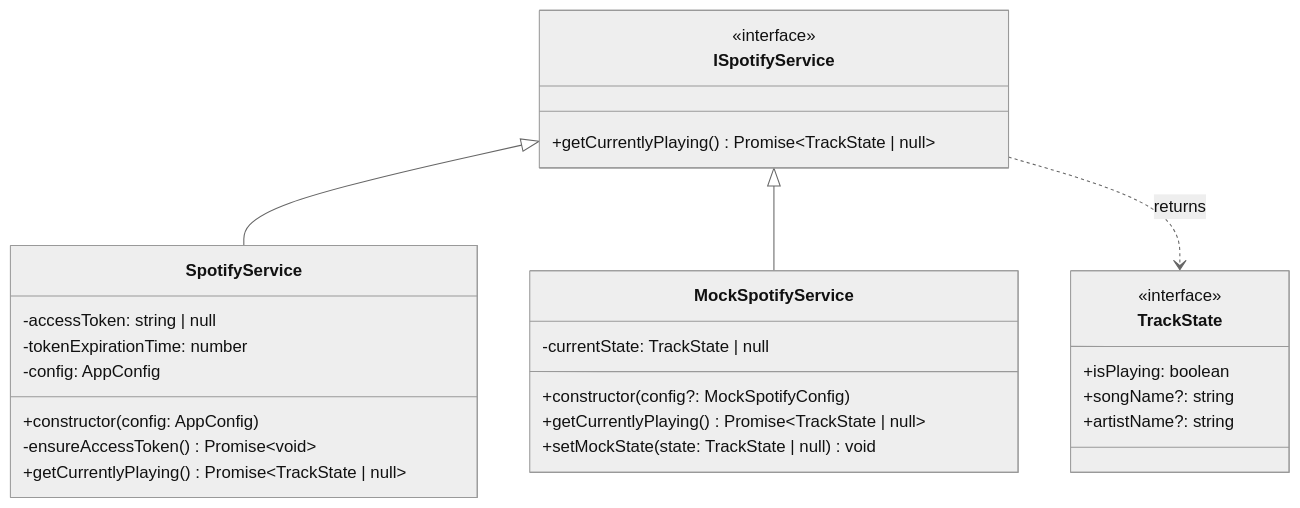
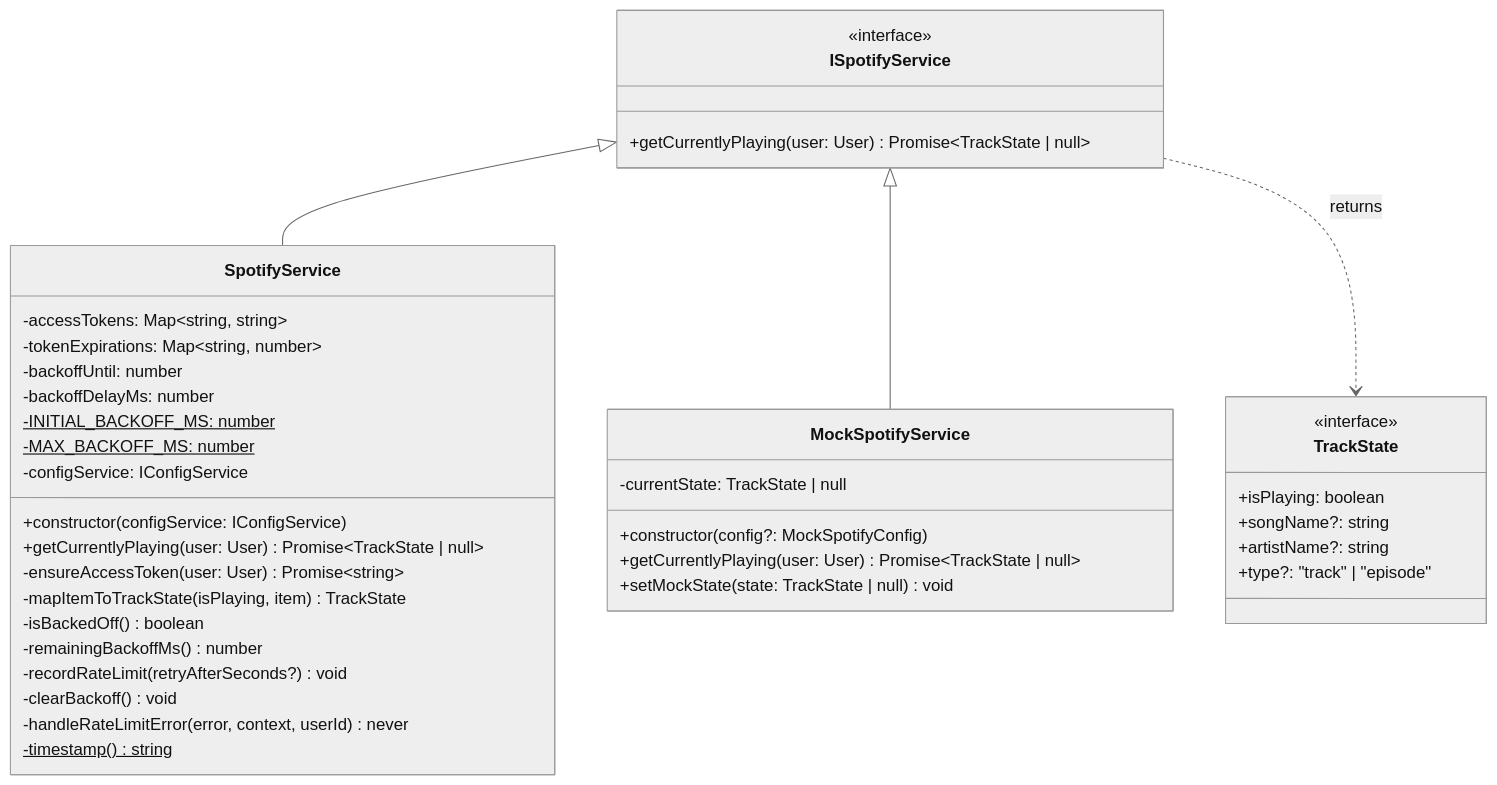
Before and after one commit to tehJimboJones/spotify-slack-status-sync: the diagram in docs/spotify-service.md, drawn with Mermaid (neutral theme). The commit also changed other lines of this file and 4 other files, not shown here.

````diff
--- a/docs/spotify-service.md
+++ b/docs/spotify-service.md
@@ -7,34 +13,46 @@
 ```mermaid
 classDiagram
     class TrackState {
         <<interface>>
         +isPlaying: boolean
         +songName?: string
         +artistName?: string
+        +type?: "track" | "episode"
     }
 
     class ISpotifyService {
         <<interface>>
-        +getCurrentlyPlaying() Promise~TrackState | null~
+        +getCurrentlyPlaying(user: User) Promise~TrackState | null~
     }
 
     class SpotifyService {
-        -accessToken: string | null
-        -tokenExpirationTime: number
-        -config: AppConfig
-        +constructor(config: AppConfig)
-        -ensureAccessToken() Promise~void~
-        +getCurrentlyPlaying() Promise~TrackState | null~
+        -accessTokens: Map~string, string~
+        -tokenExpirations: Map~string, number~
+        -backoffUntil: number
+        -backoffDelayMs: number
+        -INITIAL_BACKOFF_MS: number$
+        -MAX_BACKOFF_MS: number$
+        -configService: IConfigService
+        +constructor(configService: IConfigService)
+        +getCurrentlyPlaying(user: User) Promise~TrackState | null~
+        -ensureAccessToken(user: User) Promise~string~
+        -mapItemToTrackState(isPlaying, item) TrackState
+        -isBackedOff() boolean
+        -remainingBackoffMs() number
+        -recordRateLimit(retryAfterSeconds?) void
+        -clearBackoff() void
+        -handleRateLimitError(error, context, userId) never
+        -timestamp()$ string
     }
 
     class MockSpotifyService {
         -currentState: TrackState | null
         +constructor(config?: MockSpotifyConfig)
-        +getCurrentlyPlaying() Promise~TrackState | null~
+        +getCurrentlyPlaying(user: User) Promise~TrackState | null~
         +setMockState(state: TrackState | null) void
     }
 
     ISpotifyService <|-- SpotifyService
     ISpotifyService <|-- MockSpotifyService
     ISpotifyService ..> TrackState : returns
 ```
````
